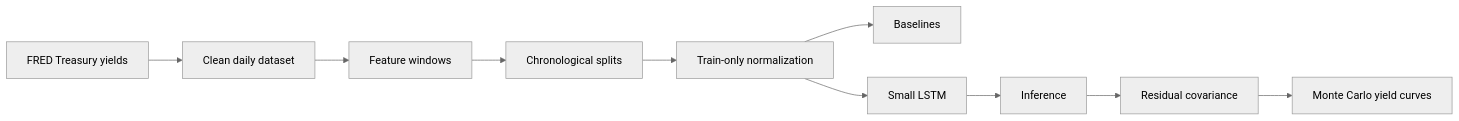
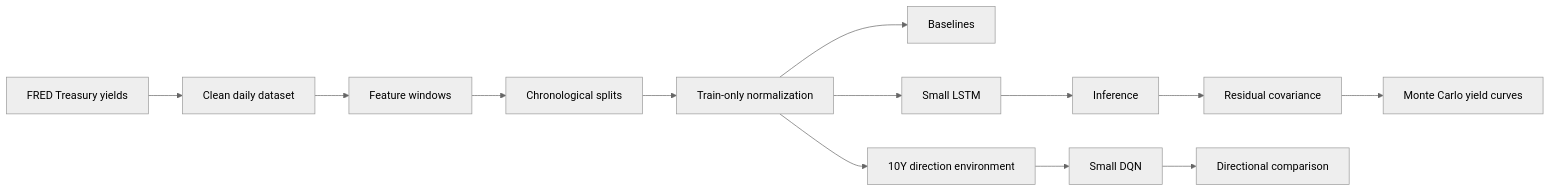
Before and after one commit to diyasaxena17/tresonance: the diagram in README.md, drawn with Mermaid (neutral theme). The commit also changed other lines of this file and 1 other file, not shown here.

````diff
--- a/README.md
+++ b/README.md
@@ -27,12 +33,15 @@
 ```mermaid
 flowchart LR
     A[FRED Treasury yields] --> B[Clean daily dataset]
     B --> C[Feature windows]
     C --> D[Chronological splits]
     D --> E[Train-only normalization]
     E --> F[Baselines]
     E --> G[Small LSTM]
     G --> H[Inference]
     H --> I[Residual covariance]
     I --> J[Monte Carlo yield curves]
+    E --> K[10Y direction environment]
+    K --> L[Small DQN]
+    L --> M[Directional comparison]
 ```
````
